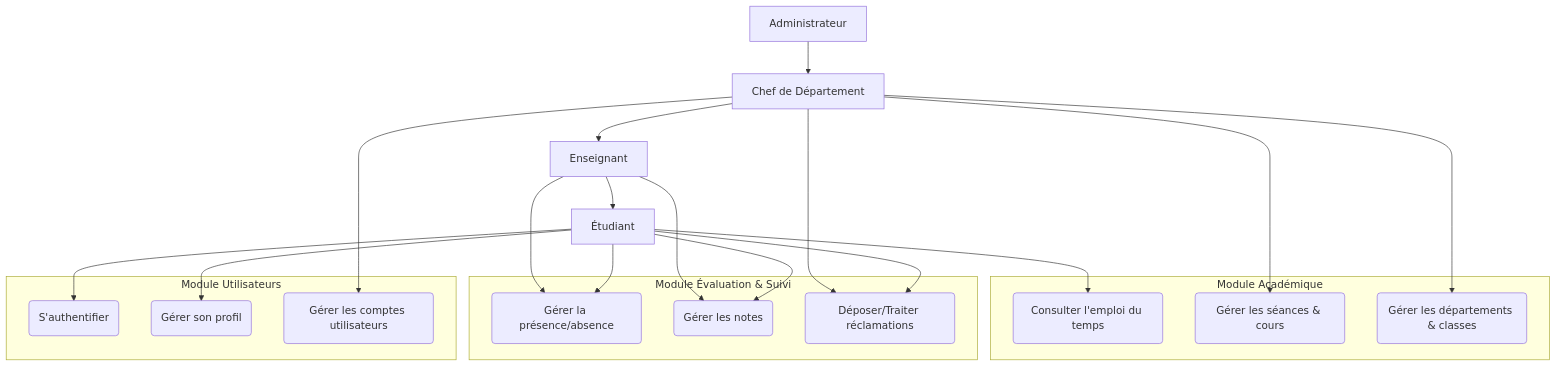
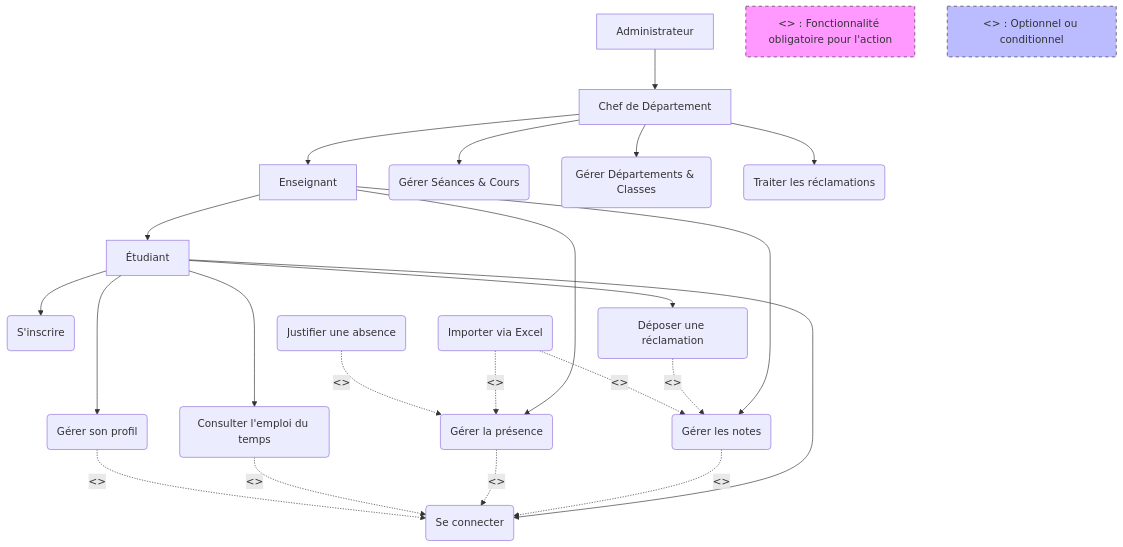
The first of 3 diagrams in Docs/GLOBAL_DESIGN.md (anaamesoudani/anjePFE), drawn with Mermaid before and after one commit. The commit also changed other lines of this file, not shown here.

Commit message:
Add detailed global UML diagrams with include/extend relationships
- Updated Docs/GLOBAL_DESIGN.md with a detailed Use Case diagram.
- Included <<include>> relationships for authentication across modules.
- Included <<extend>> relationships for optional actions (Justify, Excel import, Complaints).
- Maintained global sequence and class diagrams for system-wide overview.
- Kept Docs/DESIGN.md with descriptive paragraphs as requested earlier.

````diff
--- a/Docs/GLOBAL_DESIGN.md
+++ b/Docs/GLOBAL_DESIGN.md
@@ -9,44 +11,63 @@
 ```mermaid
 graph TD
+    %% Acteurs
     Student[Étudiant]
     Teacher[Enseignant]
     Chef[Chef de Département]
     Admin[Administrateur]
 
-    subgraph "Module Utilisateurs"
-        UC_Auth(S'authentifier)
-        UC_Prof(Gérer son profil)
-        UC_UserM(Gérer les comptes utilisateurs)
-    end
+    %% Cas d'Utilisation - Auth & Profil
+    UC_Login(Se connecter)
+    UC_Register(S'inscrire)
+    UC_Profile(Gérer son profil)
 
-    subgraph "Module Académique"
-        UC_Sch(Consulter l'emploi du temps)
-        UC_Sess(Gérer les séances & cours)
-        UC_Dept(Gérer les départements & classes)
-    end
+    %% Cas d'Utilisation - Académique
+    UC_Schedule(Consulter l'emploi du temps)
+    UC_ManageAcad(Gérer Séances & Cours)
+    UC_Dept(Gérer Départements & Classes)
 
-    subgraph "Module Évaluation & Suivi"
-        UC_Att(Gérer la présence/absence)
-        UC_Grd(Gérer les notes)
-        UC_Cmp(Déposer/Traiter réclamations)
-    end
+    %% Cas d'Utilisation - Évaluation
+    UC_Attendance(Gérer la présence)
+    UC_Justify(Justifier une absence)
+    UC_Grades(Gérer les notes)
+    UC_Excel(Importer via Excel)
+    UC_Complaint(Déposer une réclamation)
+    UC_Resolve(Traiter les réclamations)
 
-    Student --> UC_Auth
-    Student --> UC_Prof
-    Student --> UC_Sch
-    Student --> UC_Att
-    Student --> UC_Grd
-    Student --> UC_Cmp
+    %% Relations d'Héritage d'Acteurs
+    Teacher --> Student
+    Chef --> Teacher
+    Admin --> Chef
 
-    Teacher --> Student
-    Teacher --> UC_Att
-    Teacher --> UC_Grd
+    %% Relations de Cas d'Utilisation (Include / Extend)
+    UC_Profile -.->|"<<include>>"| UC_Login
+    UC_Schedule -.->|"<<include>>"| UC_Login
+    UC_Attendance -.->|"<<include>>"| UC_Login
+    UC_Grades -.->|"<<include>>"| UC_Login
 
-    Chef --> Teacher
-    Chef --> UC_Sess
+    UC_Justify -.->|"<<extend>>"| UC_Attendance
+    UC_Excel -.->|"<<extend>>"| UC_Grades
+    UC_Excel -.->|"<<extend>>"| UC_Attendance
+    UC_Complaint -.->|"<<extend>>"| UC_Grades
+
+    %% Affectations Acteurs -> UC
+    Student --> UC_Register
+    Student --> UC_Login
+    Student --> UC_Profile
+    Student --> UC_Schedule
+    Student --> UC_Complaint
+
+    Teacher --> UC_Attendance
+    Teacher --> UC_Grades
+
+    Chef --> UC_ManageAcad
     Chef --> UC_Dept
-    Chef --> UC_Cmp
-    Chef --> UC_UserM
+    Chef --> UC_Resolve
 
-    Admin --> Chef
+    %% Notes explicatives
+    note_inc[<<include>> : Fonctionnalité obligatoire pour l'action]
+    note_ext[<<extend>> : Optionnel ou conditionnel]
+
+    style note_inc fill:#f9f,stroke:#333,stroke-dasharray: 5 5
+    style note_ext fill:#bbf,stroke:#333,stroke-dasharray: 5 5
 ```
````
